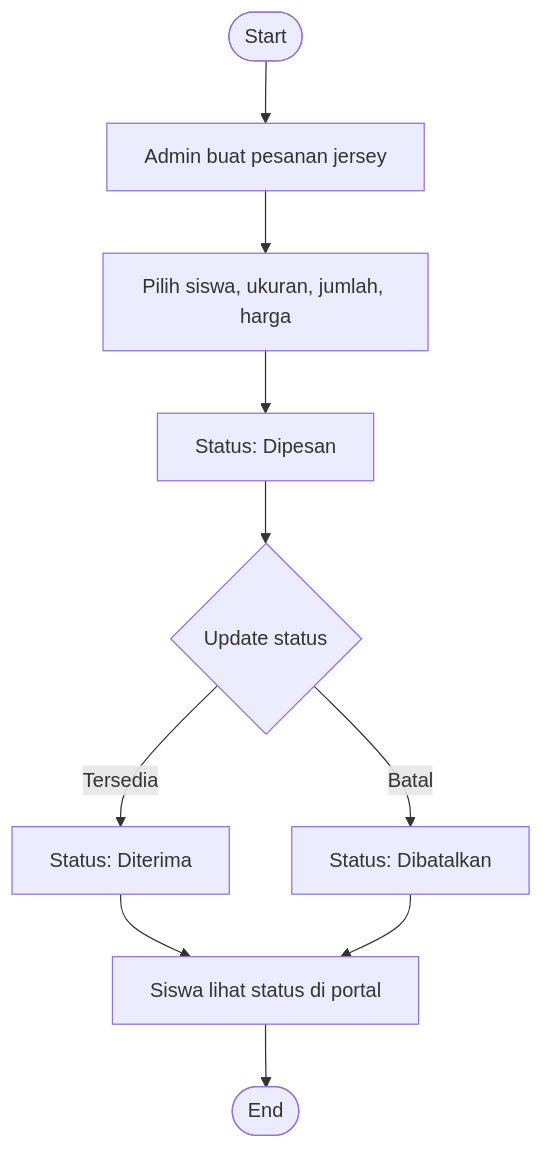
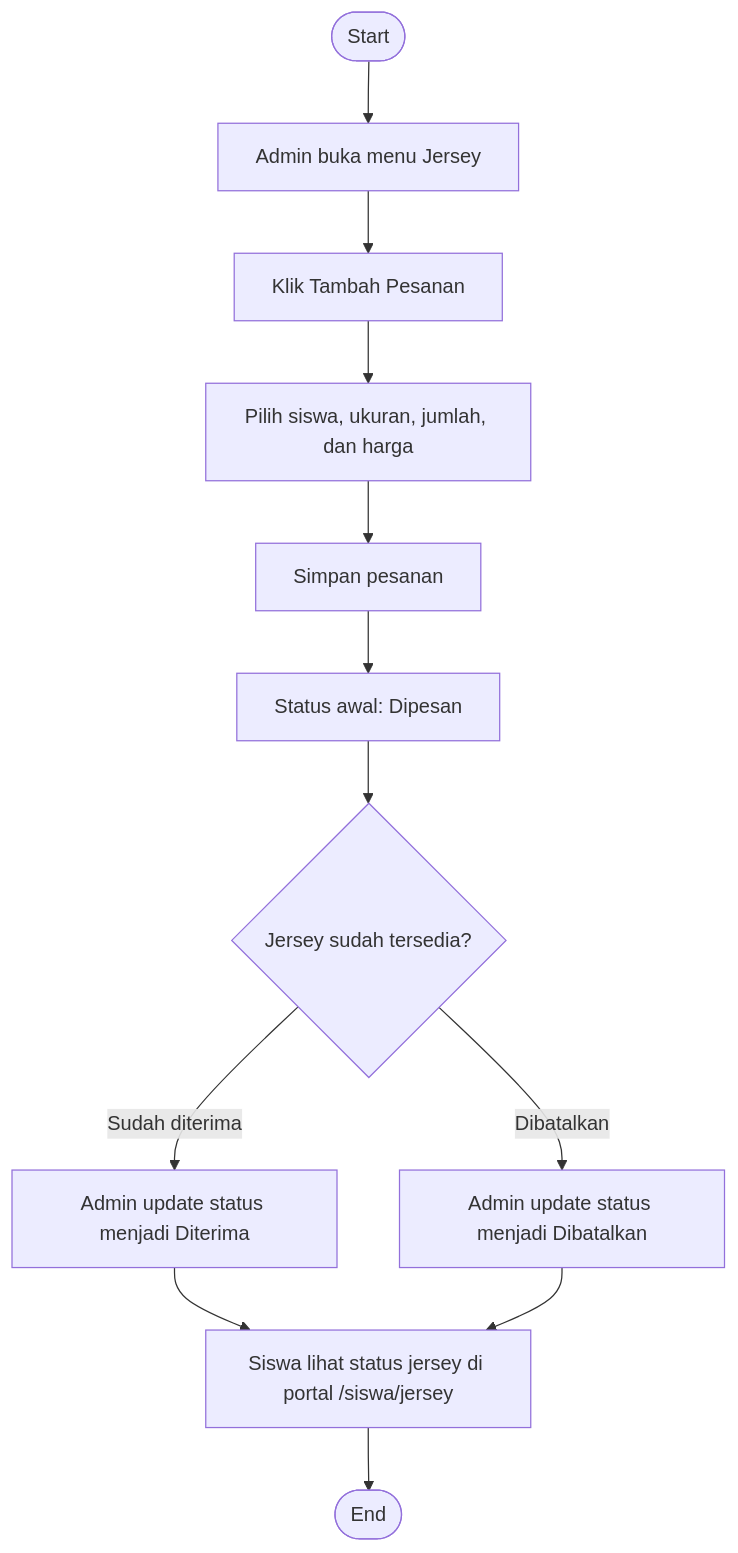
One commit to Hendrasetyawan1945/sistem-manajemen-kolam changed the ninth of 11 diagrams in docs/alur-sistem.md. Above: the diagram before and after it, drawn with Mermaid. The commit also changed other lines of this file and 1 other file, not shown here.

````diff
--- a/docs/alur-sistem.md
+++ b/docs/alur-sistem.md
@@ -122,12 +238,14 @@
 ```mermaid
 flowchart TD
-    A([Start]) --> B[Admin buat pesanan jersey]
-    B --> C[Pilih siswa, ukuran, jumlah, harga]
-    C --> D[Status: Dipesan]
-    D --> E{Update status}
-    E -->|Tersedia| F[Status: Diterima]
-    E -->|Batal| G[Status: Dibatalkan]
-    F --> H[Siswa lihat status di portal]
-    G --> H
-    H --> I([End])
+    A([Start]) --> B[Admin buka menu Jersey]
+    B --> C[Klik Tambah Pesanan]
+    C --> D[Pilih siswa, ukuran, jumlah, dan harga]
+    D --> E[Simpan pesanan]
+    E --> F[Status awal: Dipesan]
+    F --> G{Jersey sudah tersedia?}
+    G -->|Sudah diterima| H[Admin update status menjadi Diterima]
+    G -->|Dibatalkan| I[Admin update status menjadi Dibatalkan]
+    H --> J[Siswa lihat status jersey di portal /siswa/jersey]
+    I --> J
+    J --> K([End])
 ```
````
